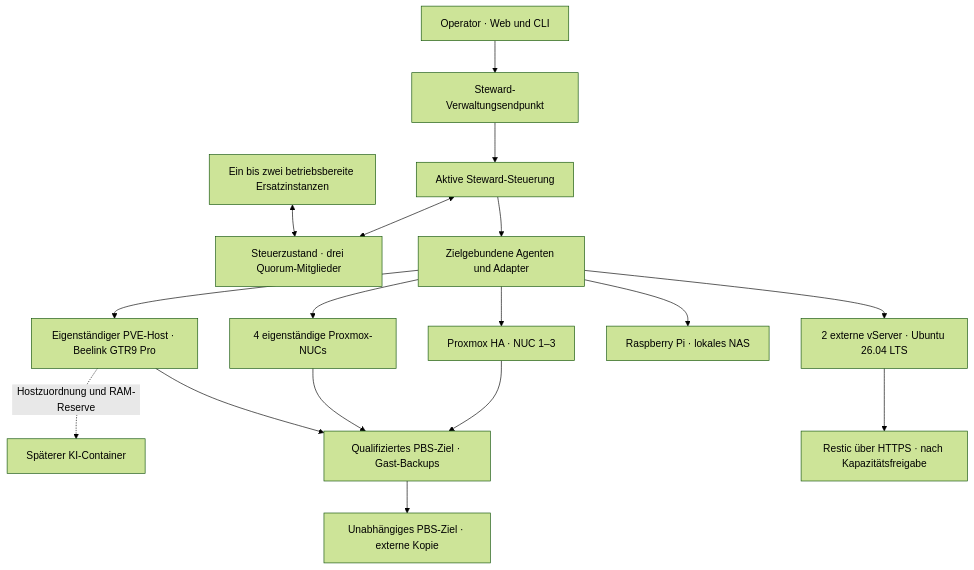
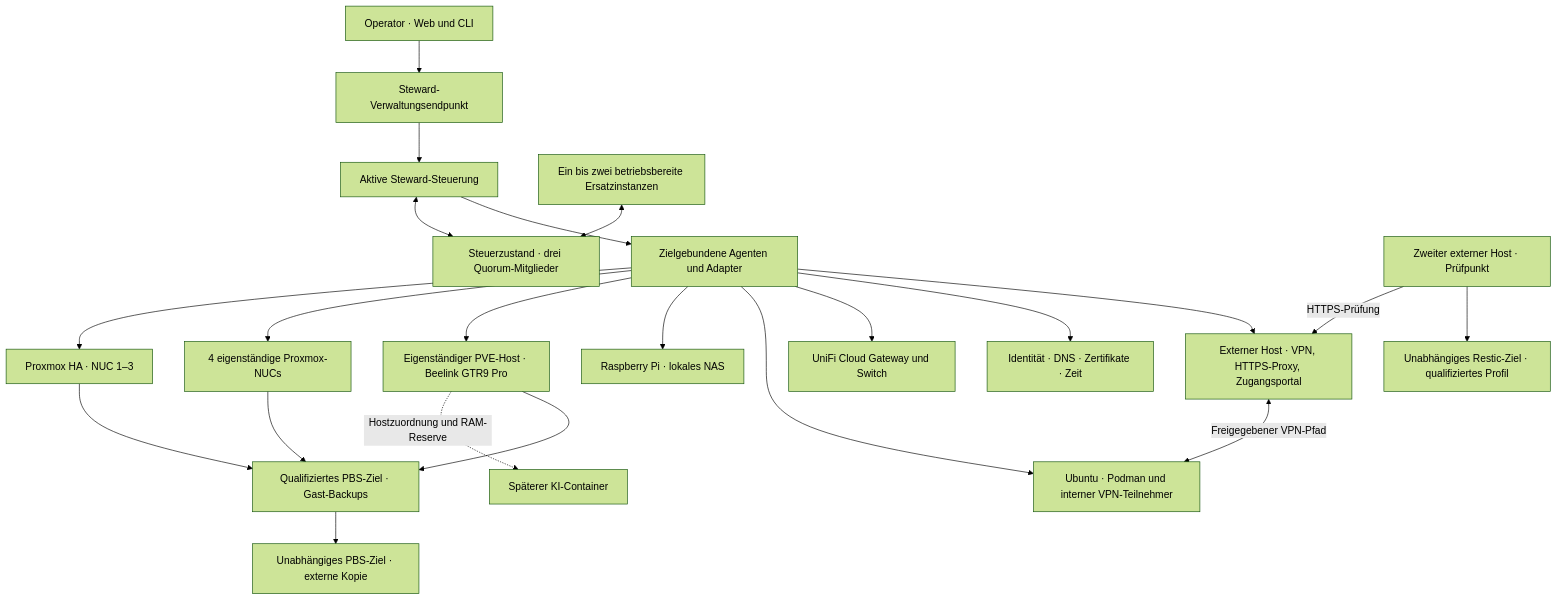
The diagram in docs/post-rc1.md (grethel-labs/opstend), drawn with Mermaid (forest theme) before and after one commit. The commit also changed other lines of this file and 150 other files, not shown here.

````diff
--- a/docs/post-rc1.md
+++ b/docs/post-rc1.md
@@ -104,19 +159,24 @@
 ```mermaid
 flowchart TB
     User["Operator · Web und CLI"] --> Entry["Steward-Verwaltungsendpunkt"]
     Entry --> Active["Aktive Steward-Steuerung"]
     Active <--> State["Steuerzustand · drei Quorum-Mitglieder"]
     Standby["Ein bis zwei betriebsbereite Ersatzinstanzen"] <--> State
     Active --> Edge["Zielgebundene Agenten und Adapter"]
     Edge --> PVE["Proxmox HA · NUC 1–3"]
     Edge --> Solo["4 eigenständige Proxmox-NUCs"]
     Edge --> Beelink["Eigenständiger PVE-Host · Beelink GTR9 Pro"]
     Edge --> NAS["Raspberry Pi · lokales NAS"]
-    Edge --> Remote["2 externe vServer · Ubuntu 26.04 LTS"]
+    Edge --> Local["Ubuntu · Podman und interner VPN-Teilnehmer"]
+    Edge --> Network["UniFi Cloud Gateway und Switch"]
+    Edge --> Basis["Identität · DNS · Zertifikate · Zeit"]
+    Edge --> Remote["Externer Host · VPN, HTTPS-Proxy, Zugangsportal"]
+    Remote <-->|"Freigegebener VPN-Pfad"| Local
+    Check["Zweiter externer Host · Prüfpunkt"] -->|"HTTPS-Prüfung"| Remote
     Beelink -. Hostzuordnung und RAM-Reserve .-> AI["Späterer KI-Container"]
     PVE --> PBS["Qualifiziertes PBS-Ziel · Gast-Backups"]
     Solo --> PBS
     Beelink --> PBS
     PBS --> OffsitePBS["Unabhängiges PBS-Ziel · externe Kopie"]
-    Remote --> Restic["Restic über HTTPS · nach Kapazitätsfreigabe"]
+    Check --> Restic["Unabhängiges Restic-Ziel · qualifiziertes Profil"]
 ```
````
